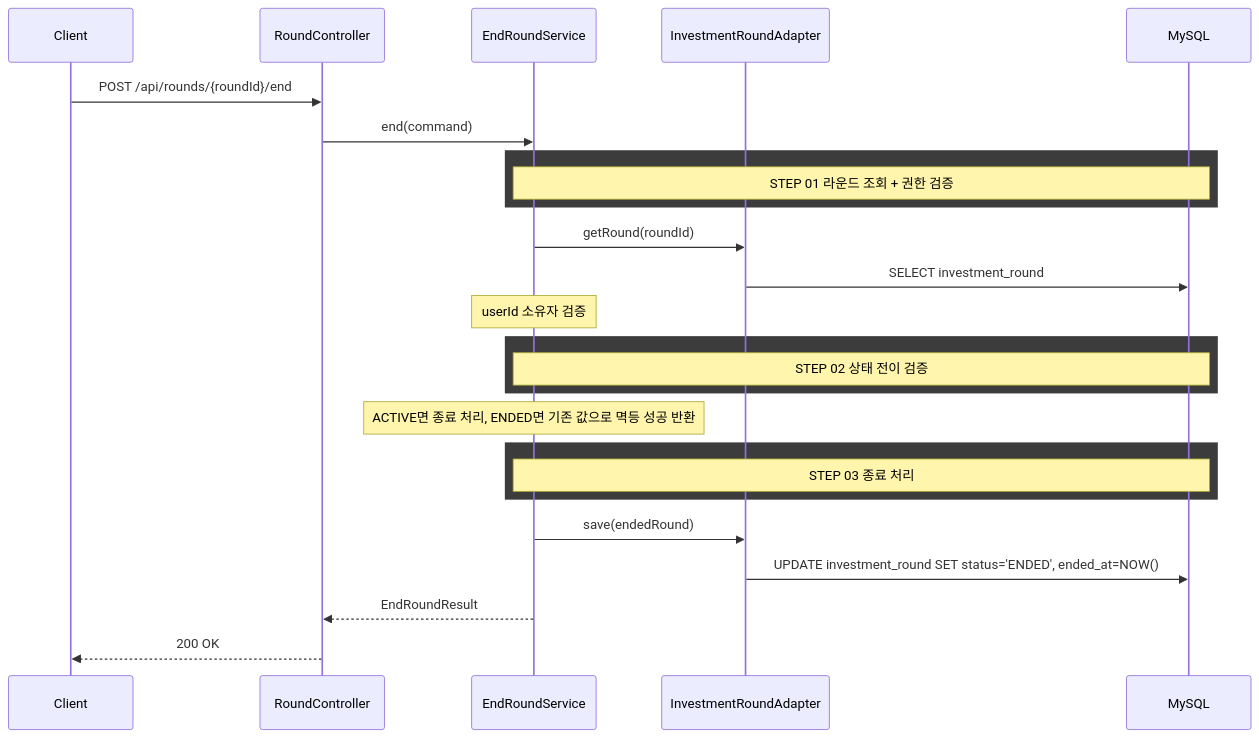
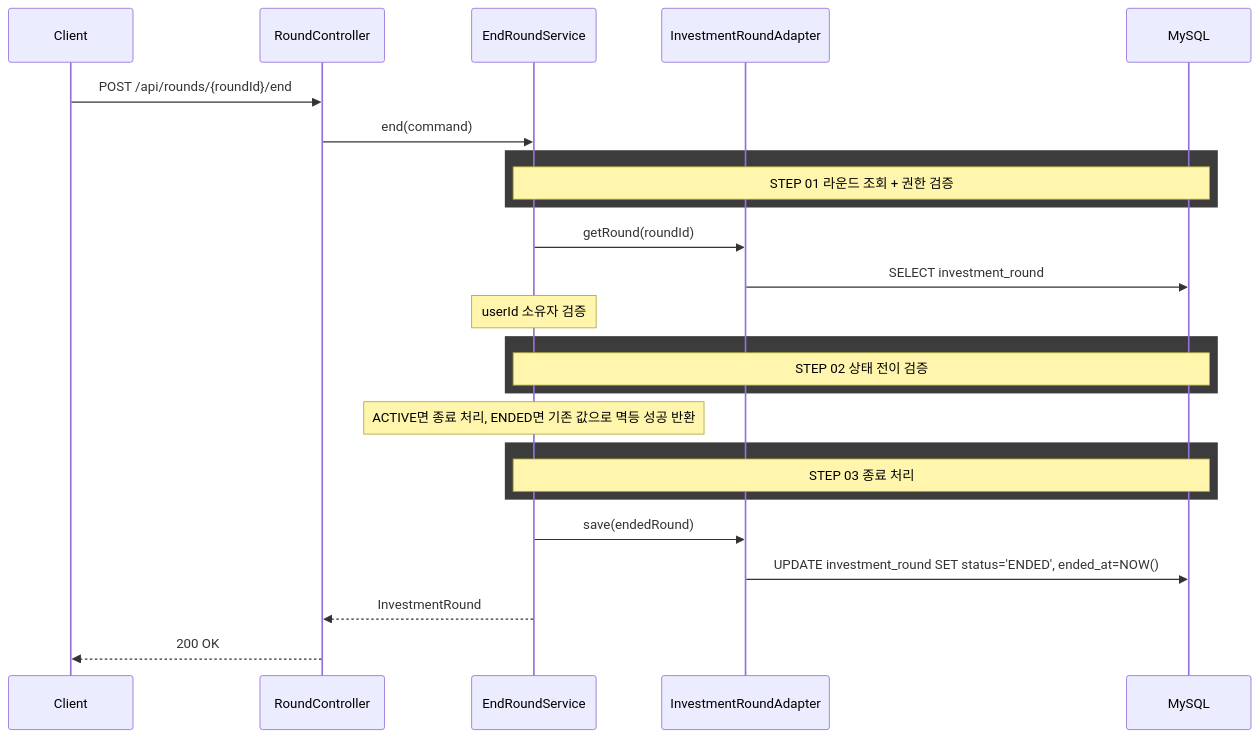
One commit to kim-se-hee/trypto changed the diagram in docs/investmentround/end-round.md. Above: the diagram before and after it, drawn with Mermaid. The commit also changed other lines of this file and 3 other files, not shown here.

````diff
--- a/docs/investmentround/end-round.md
+++ b/docs/investmentround/end-round.md
@@ -79,32 +80,32 @@
 ```mermaid
 sequenceDiagram
     participant Client
     participant Controller as RoundController
     participant Service as EndRoundService
     participant RoundAdapter as InvestmentRoundAdapter
     participant MySQL
 
     Client->>Controller: POST /api/rounds/{roundId}/end
     Controller->>Service: end(command)
 
     rect rgb(60, 60, 60)
         Note over Service,MySQL: STEP 01 라운드 조회 + 권한 검증
     end
     Service->>RoundAdapter: getRound(roundId)
     RoundAdapter->>MySQL: SELECT investment_round
     Note over Service: userId 소유자 검증
 
     rect rgb(60, 60, 60)
         Note over Service,MySQL: STEP 02 상태 전이 검증
     end
     Note over Service: ACTIVE면 종료 처리, ENDED면 기존 값으로 멱등 성공 반환
 
     rect rgb(60, 60, 60)
         Note over Service,MySQL: STEP 03 종료 처리
     end
     Service->>RoundAdapter: save(endedRound)
     RoundAdapter->>MySQL: UPDATE investment_round SET status='ENDED', ended_at=NOW()
 
-    Service-->>Controller: EndRoundResult
+    Service-->>Controller: InvestmentRound
     Controller-->>Client: 200 OK
 ```
````
